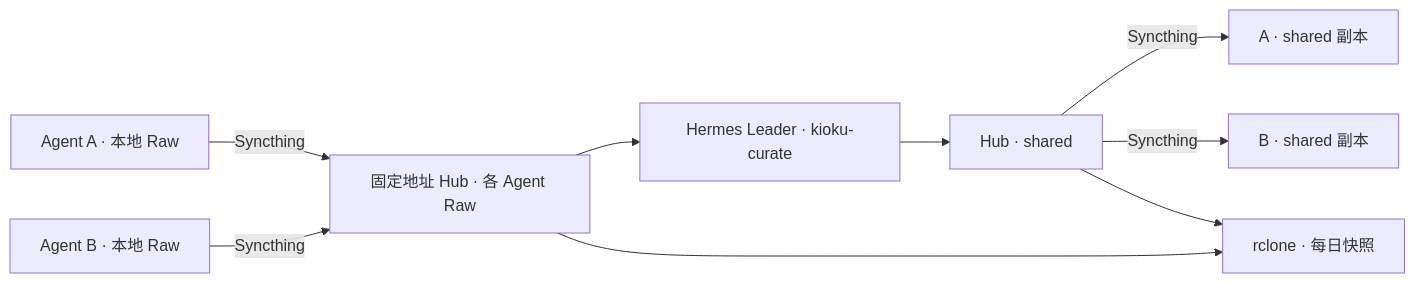
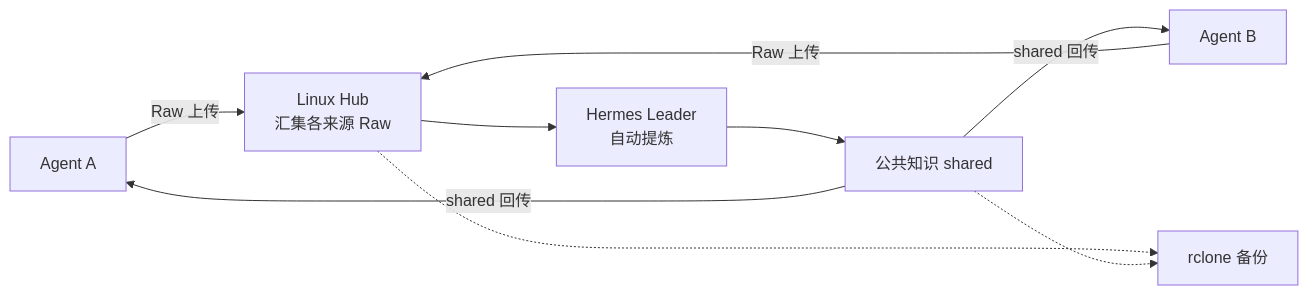
One commit to youranreus/KiokuNet changed the diagram in README.md. Above: the diagram before and after it, drawn with Mermaid. The commit also changed other lines of this file and 16 other files, not shown here.

````diff
--- a/README.md
+++ b/README.md
@@ -7,11 +42,11 @@
 ```mermaid
 flowchart LR
-  A["Agent A · 本地 Raw"] -->|Syncthing| H["固定地址 Hub · 各 Agent Raw"]
-  B["Agent B · 本地 Raw"] -->|Syncthing| H
-  H --> L["Hermes Leader · kioku-curate"]
-  L --> S["Hub · shared"]
-  S -->|Syncthing| AS["A · shared 副本"]
-  S -->|Syncthing| BS["B · shared 副本"]
-  H --> R["rclone · 每日快照"]
-  S --> R
+  A["Agent A"] -->|Raw 上传| H["Linux Hub<br/>汇集各来源 Raw"]
+  B["Agent B"] -->|Raw 上传| H
+  H --> L["Hermes Leader<br/>自动提炼"]
+  L --> S["公共知识 shared"]
+  S -->|shared 回传| A
+  S -->|shared 回传| B
+  H -.-> R["rclone 备份"]
+  S -.-> R
 ```
````
